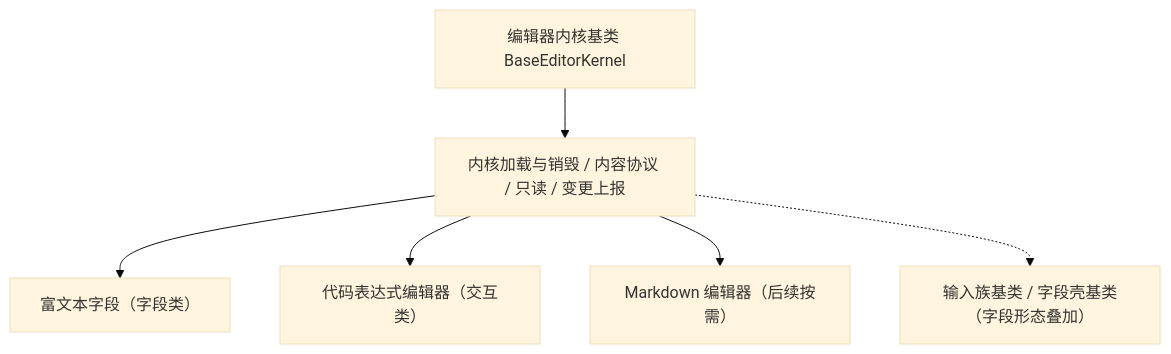
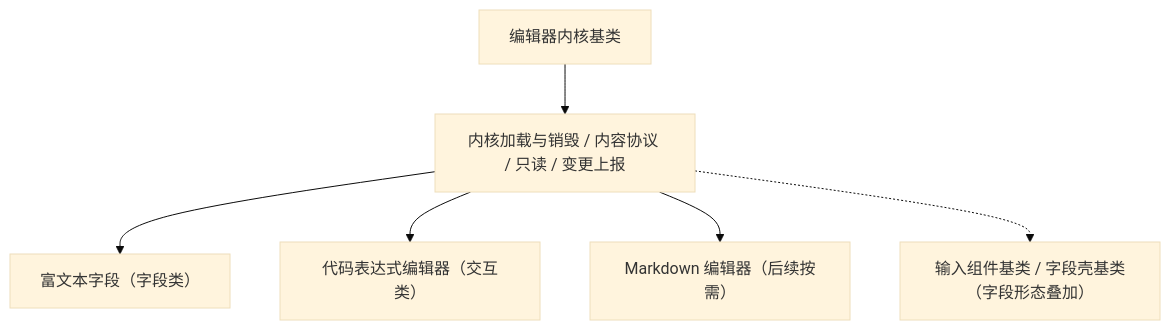
The diagram in bms文档/设计/组件设计/02_基础组件类/03_域基类/05_组件设计_编辑器域基类/05_组件设计_编辑器域基类.md (minjian123/basic-management-system), drawn with Mermaid (base theme) before and after one commit. The commit also changed other lines of this file and 108 other files, not shown here.

````diff
--- a/bms文档/设计/组件设计/02_基础组件类/03_域基类/05_组件设计_编辑器域基类/05_组件设计_编辑器域基类.md
+++ b/bms文档/设计/组件设计/02_基础组件类/03_域基类/05_组件设计_编辑器域基类/05_组件设计_编辑器域基类.md
@@ -16,8 +16,8 @@
 ```mermaid
 flowchart TD
-    K["编辑器内核基类 BaseEditorKernel"] --> B["内核加载与销毁 / 内容协议 / 只读 / 变更上报"]
+    K["编辑器内核基类"] --> B["内核加载与销毁 / 内容协议 / 只读 / 变更上报"]
     B --> E1["富文本字段（字段类）"]
     B --> E2["代码表达式编辑器（交互类）"]
     B --> E3["Markdown 编辑器（后续按需）"]
-    B -.-> FIELD["输入族基类 / 字段壳基类（字段形态叠加）"]
+    B -.-> FIELD["输入组件基类 / 字段壳基类（字段形态叠加）"]
 ```
````
